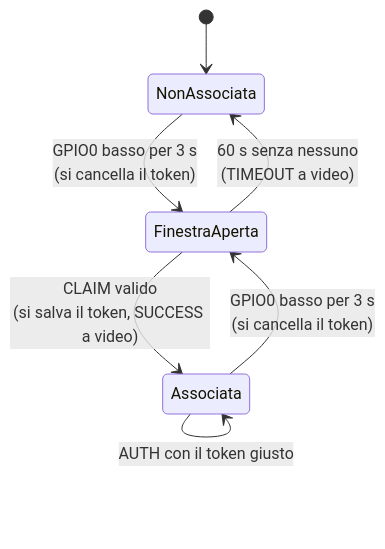
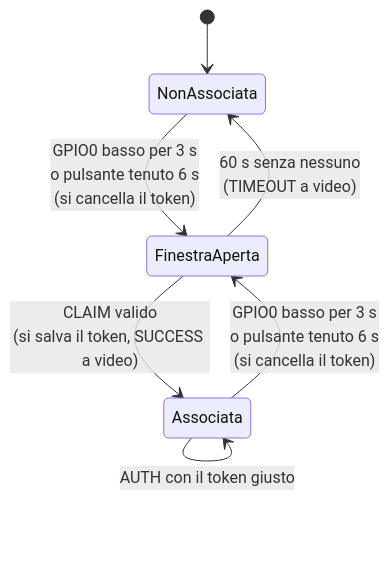
The second of 2 diagrams in docs/ble-architecture.md (ceccaMatte/segna-punti-BLE-Esp32c6), drawn with Mermaid before and after one commit. The commit also changed other lines of this file and 11 other files, not shown here.

````diff
--- a/docs/ble-architecture.md
+++ b/docs/ble-architecture.md
@@ -197,9 +197,9 @@
 ```mermaid
 stateDiagram-v2
     [*] --> NonAssociata
-    NonAssociata --> FinestraAperta: GPIO0 basso per 3 s<br/>(si cancella il token)
+    NonAssociata --> FinestraAperta: GPIO0 basso per 3 s<br/>o pulsante tenuto 6 s<br/>(si cancella il token)
     FinestraAperta --> Associata: CLAIM valido<br/>(si salva il token, SUCCESS a video)
     FinestraAperta --> NonAssociata: 60 s senza nessuno<br/>(TIMEOUT a video)
-    Associata --> FinestraAperta: GPIO0 basso per 3 s<br/>(si cancella il token)
+    Associata --> FinestraAperta: GPIO0 basso per 3 s<br/>o pulsante tenuto 6 s<br/>(si cancella il token)
     Associata --> Associata: AUTH con il token giusto
 ```
````
